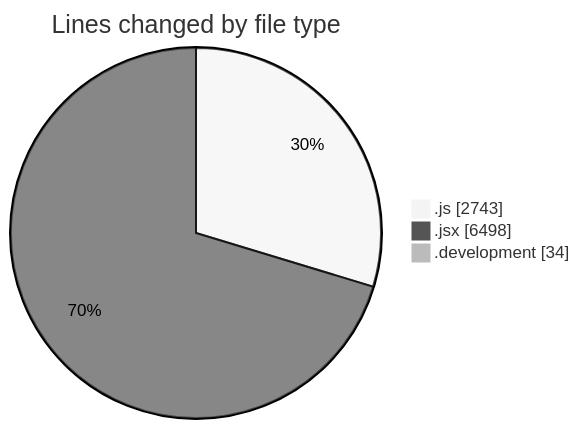
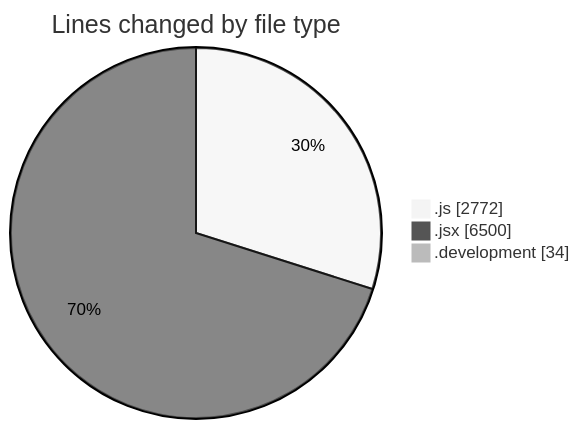
Before and after one commit to nxtqubesakshisongat/code-tracking: the first of 2 diagrams in 2025-09-18/nxtqube_webapp/README.md, drawn with Mermaid (neutral theme). The commit also changed other lines of this file and 1 other file, not shown here.

````diff
--- a/2025-09-18/nxtqube_webapp/README.md
+++ b/2025-09-18/nxtqube_webapp/README.md
@@ -42,7 +42,7 @@
 ```mermaid
 pie showData
 title Lines changed by file type
-".js" : 2743
-".jsx" : 6498
+".js" : 2772
+".jsx" : 6500
 ".development" : 34
 ```
````
